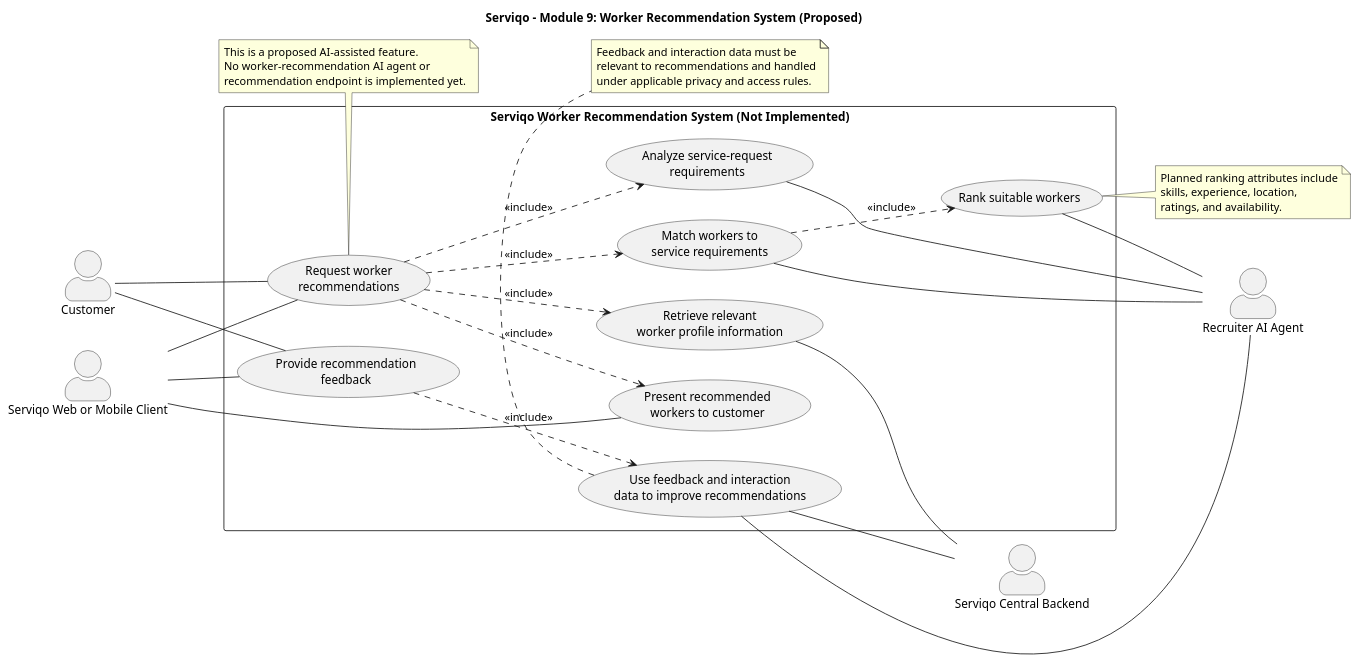
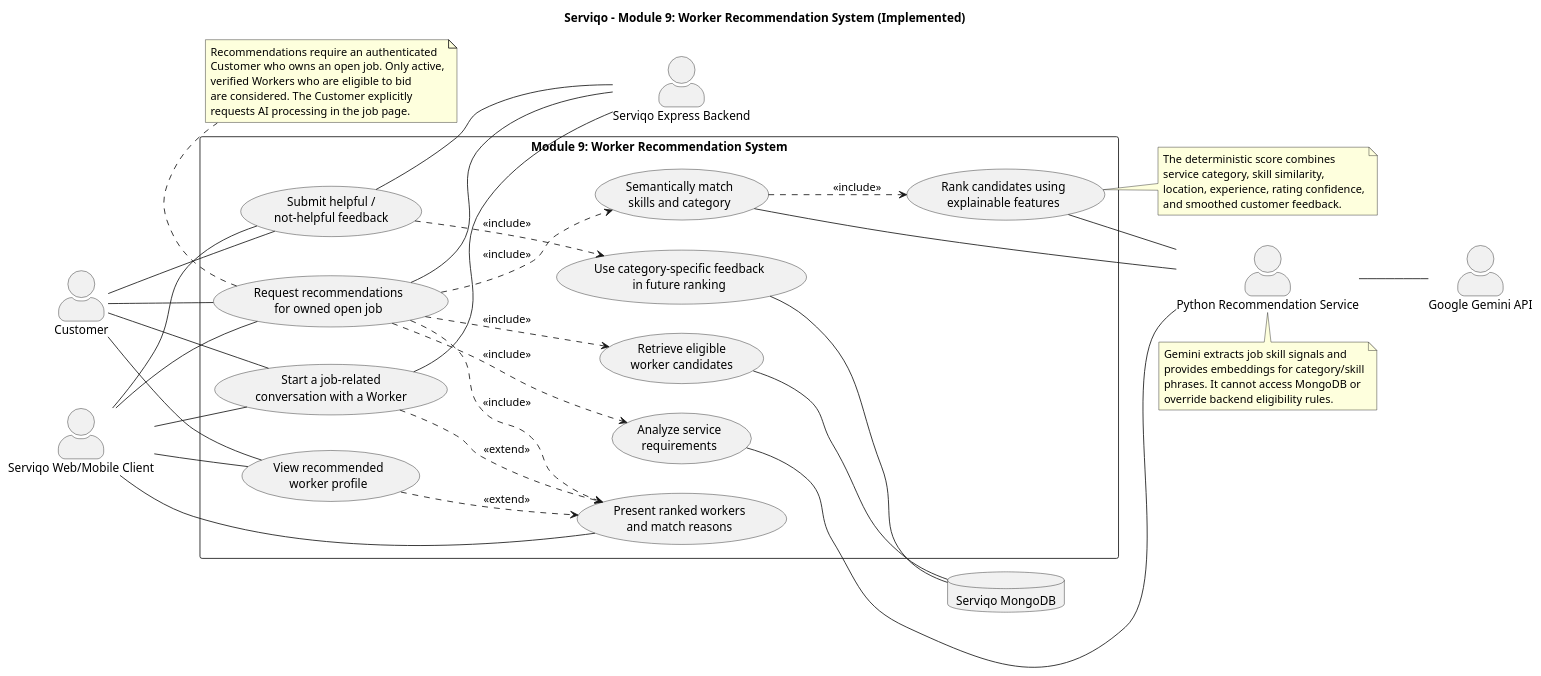
The diagram in module9-worker-recommendation-system.puml (Moiz-002/Serviqo), drawn with PlantUML before and after one commit. The commit also changed 22 other files, not shown here.

Commit message:
Module 5 fix and Module 9 implemented and tested with 60% done

```diff
--- a/module9-worker-recommendation-system.puml
+++ b/module9-worker-recommendation-system.puml
@@ -1,63 +1,80 @@
 @startuml
-title Serviqo - Module 9: Worker Recommendation System (Proposed)
+title Serviqo - Module 9: Worker Recommendation System (Implemented)
 
 left to right direction
 skinparam packageStyle rectangle
 skinparam shadowing false
 skinparam actorStyle awesome
 
 actor Customer
-actor "Serviqo Web or Mobile Client" as Client
-actor "Recruiter AI Agent" as RecruiterAI
-actor "Serviqo Central Backend" as Backend
+actor "Serviqo Web/Mobile Client" as Client
+actor "Serviqo Express Backend" as Backend
+actor "Python Recommendation Service" as RecommendationService
+actor "Google Gemini API" as Gemini
+database "Serviqo MongoDB" as Database
 
-rectangle "Serviqo Worker Recommendation System (Not Implemented)" {
-  usecase "Request worker\nrecommendations" as RequestRecommendations
-  usecase "Analyze service-request\nrequirements" as AnalyzeRequirements
-  usecase "Retrieve relevant\nworker profile information" as RetrieveProfiles
-  usecase "Match workers to\nservice requirements" as MatchWorkers
-  usecase "Rank suitable workers" as RankWorkers
-  usecase "Present recommended\nworkers to customer" as PresentRecommendations
-  usecase "Provide recommendation\nfeedback" as ProvideFeedback
-  usecase "Use feedback and interaction\ndata to improve recommendations" as ImproveRecommendations
+rectangle "Module 9: Worker Recommendation System" {
+  usecase "Request recommendations\nfor owned open job" as RequestRecommendations
+  usecase "Analyze service\nrequirements" as AnalyzeRequirements
+  usecase "Retrieve eligible\nworker candidates" as RetrieveCandidates
+  usecase "Semantically match\nskills and category" as MatchWorkers
+  usecase "Rank candidates using\nexplainable features" as RankWorkers
+  usecase "Present ranked workers\nand match reasons" as PresentRecommendations
+  usecase "View recommended\nworker profile" as ViewWorkerProfile
+  usecase "Start a job-related\nconversation with a Worker" as ContactWorker
+  usecase "Submit helpful /\nnot-helpful feedback" as SubmitFeedback
+  usecase "Use category-specific feedback\nin future ranking" as ImproveRanking
 }
 
 Customer -- RequestRecommendations
-Customer -- ProvideFeedback
+Customer -- SubmitFeedback
+Customer -- ViewWorkerProfile
+Customer -- ContactWorker
 Client -- RequestRecommendations
 Client -- PresentRecommendations
-Client -- ProvideFeedback
+Client -- ViewWorkerProfile
+Client -- ContactWorker
+Client -- SubmitFeedback
 
 RequestRecommendations ..> AnalyzeRequirements : <<include>>
-RequestRecommendations ..> RetrieveProfiles : <<include>>
+RequestRecommendations ..> RetrieveCandidates : <<include>>
 RequestRecommendations ..> MatchWorkers : <<include>>
 MatchWorkers ..> RankWorkers : <<include>>
 RequestRecommendations ..> PresentRecommendations : <<include>>
-ProvideFeedback ..> ImproveRecommendations : <<include>>
+ViewWorkerProfile ..> PresentRecommendations : <<extend>>
+ContactWorker ..> PresentRecommendations : <<extend>>
+SubmitFeedback ..> ImproveRanking : <<include>>
 
-AnalyzeRequirements -- RecruiterAI
-MatchWorkers -- RecruiterAI
-RankWorkers -- RecruiterAI
-ImproveRecommendations -- RecruiterAI
-RetrieveProfiles -- Backend
-ImproveRecommendations -- Backend
+RequestRecommendations -- Backend
+SubmitFeedback -- Backend
+ContactWorker -- Backend
+RetrieveCandidates -- Database
+ImproveRanking -- Database
+AnalyzeRequirements -- RecommendationService
+MatchWorkers -- RecommendationService
+RankWorkers -- RecommendationService
+RecommendationService -- Gemini
 
 note right of RankWorkers
-Planned ranking attributes include
-skills, experience, location,
-ratings, and availability.
+The deterministic score combines
+service category, skill similarity,
+location, experience, rating confidence,
+and smoothed customer feedback.
 end note
 
-note bottom of ImproveRecommendations
-Feedback and interaction data must be
-relevant to recommendations and handled
-under applicable privacy and access rules.
+note bottom of RecommendationService
+Gemini extracts job skill signals and
+provides embeddings for category/skill
+phrases. It cannot access MongoDB or
+override backend eligibility rules.
 end note
 
 note bottom of RequestRecommendations
-This is a proposed AI-assisted feature.
-No worker-recommendation AI agent or
-recommendation endpoint is implemented yet.
+Recommendations require an authenticated
+Customer who owns an open job. Only active,
+verified Workers who are eligible to bid
+are considered. The Customer explicitly
+requests AI processing in the job page.
 end note
 
 @enduml
```
